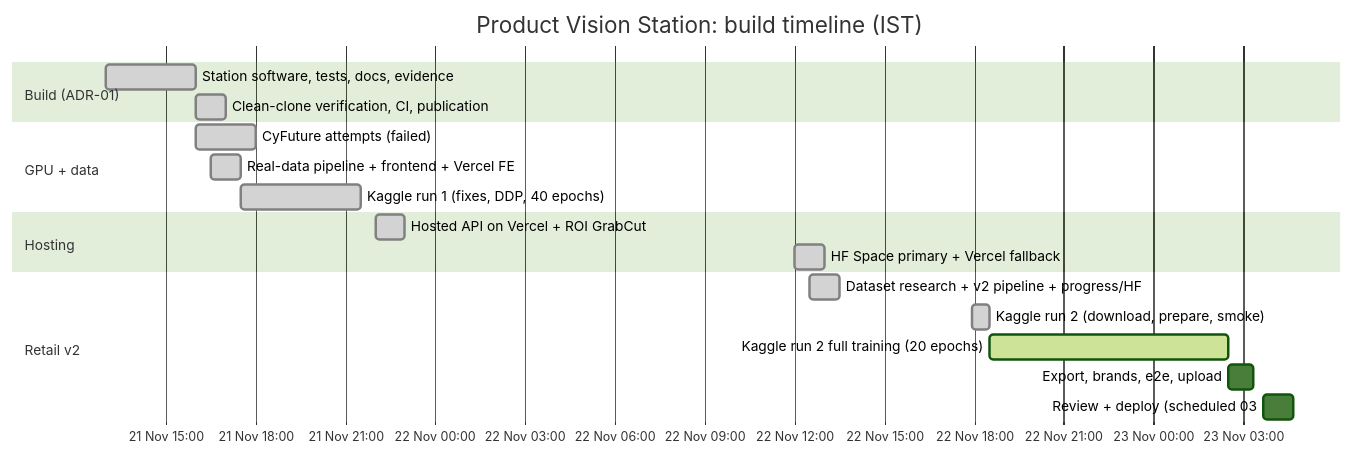
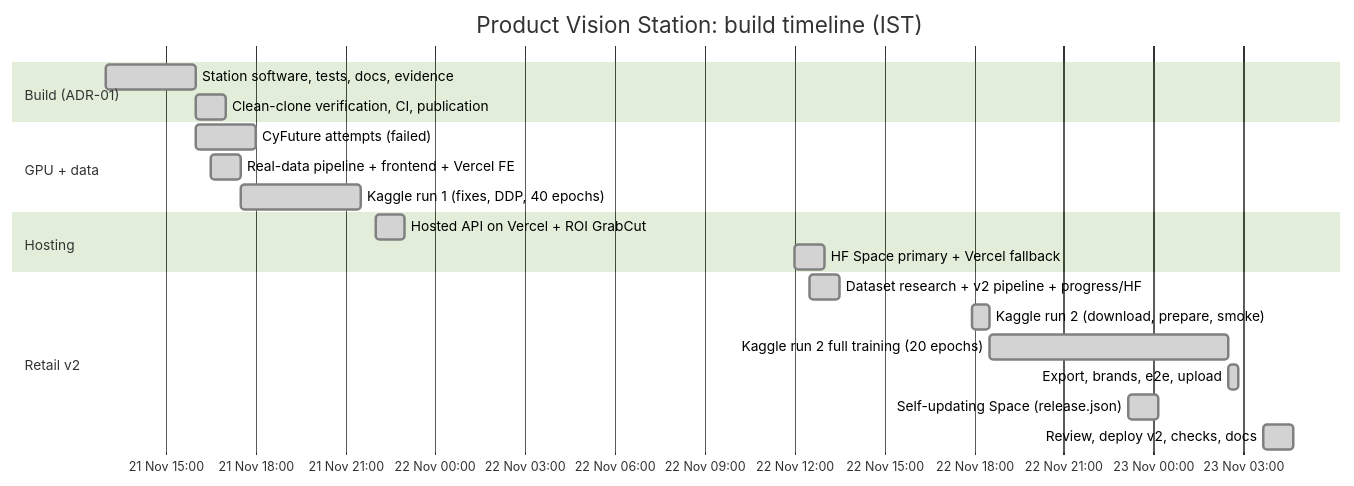
The eighth of 8 diagrams in docs/HANDOFF.md (Rohitpro1/product-vision-station), drawn with Mermaid (forest theme) before and after one commit. The commit also changed other lines of this file and 21 other files, not shown here.

Commit message:
Run 2 deployed: evidence, decisions D22-D27, README, verification and handoff for release v2-retail-brands-keep5

````diff
--- a/docs/HANDOFF.md
+++ b/docs/HANDOFF.md
@@ -823,22 +869,23 @@
 ```mermaid
 gantt
     dateFormat  YYYY-MM-DD HH:mm
     axisFormat  %d %b %H:%M
     title Product Vision Station: build timeline (IST)
     section Build (ADR-01)
     Station software, tests, docs, evidence      :done, b1, 2026-11-21 13:00, 3h
     Clean-clone verification, CI, publication    :done, b2, after b1, 1h
     section GPU + data
     CyFuture attempts (failed)                   :done, g1, 2026-11-21 16:00, 2h
     Real-data pipeline + frontend + Vercel FE    :done, g2, 2026-11-21 16:30, 1h
     Kaggle run 1 (fixes, DDP, 40 epochs)         :done, g3, 2026-11-21 17:30, 4h
     section Hosting
     Hosted API on Vercel + ROI GrabCut           :done, h1, 2026-11-21 22:00, 1h
     HF Space primary + Vercel fallback           :done, h2, 2026-11-22 12:00, 1h
     section Retail v2
     Dataset research + v2 pipeline + progress/HF :done, r1, 2026-11-22 12:30, 1h
     Kaggle run 2 (download, prepare, smoke)      :done, r2, 2026-11-22 17:55, 35m
-    Kaggle run 2 full training (20 epochs)       :active, r3, 2026-11-22 18:30, 8h
-    Export, brands, e2e, upload                  :r4, after r3, 50m
-    Review + deploy (scheduled 03:40)            :r5, 2026-11-23 03:40, 1h
+    Kaggle run 2 full training (20 epochs)       :done, r3, 2026-11-22 18:30, 8h
+    Export, brands, e2e, upload                  :done, r4, after r3, 20m
+    Self-updating Space (release.json)           :done, r6, 2026-11-22 23:10, 1h
+    Review, deploy v2, checks, docs              :done, r5, 2026-11-23 03:40, 1h
 ```
````
